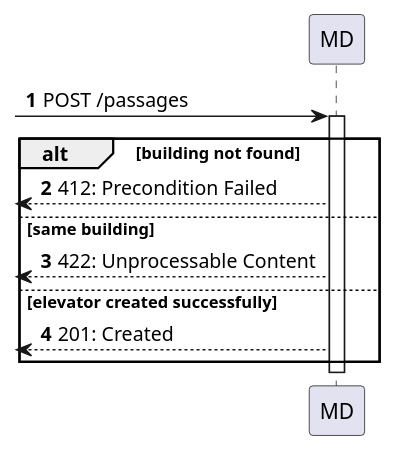
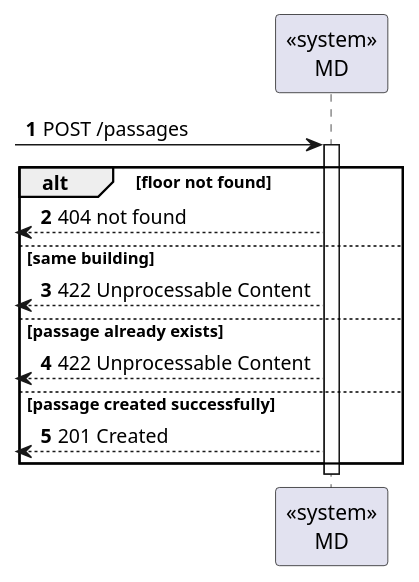
One commit to Departamento-de-Engenharia-Informatica/lapr5-23-24-g19 changed the diagram in docs/us240/level2/process-view.puml. Above: the diagram before and after it, drawn with PlantUML. The commit also changed 8 other files, not shown here.

```diff
--- a/docs/us240/level2/process-view.puml
+++ b/docs/us240/level2/process-view.puml
@@ -1,17 +1,19 @@
 @startuml
 autonumber
 
-participant "MD" as mdr
+participant "<<system>>\nMD" as mdr
 
 [-> mdr: POST /passages
 activate mdr
-    alt building not found
-        [<-- mdr : 412: Precondition Failed
+    alt floor not found
+        [<-- mdr : 404 not found
     else same building
-        [<-- mdr : 422: Unprocessable Content
-    else elevator created successfully
-        [<-- mdr : 201: Created
+        [<-- mdr : 422 Unprocessable Content
+    else passage already exists
+        [<-- mdr : 422 Unprocessable Content
+    else passage created successfully
+        [<-- mdr : 201 Created
     end
 deactivate mdr
 
 @enduml
```
